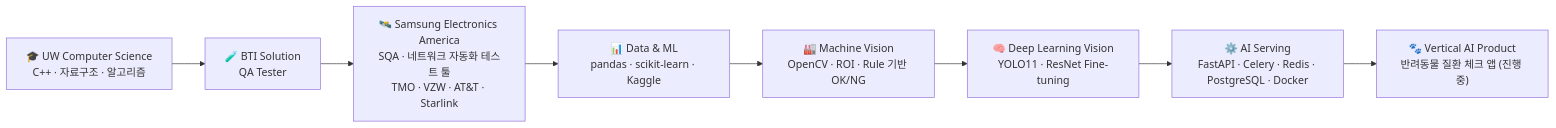
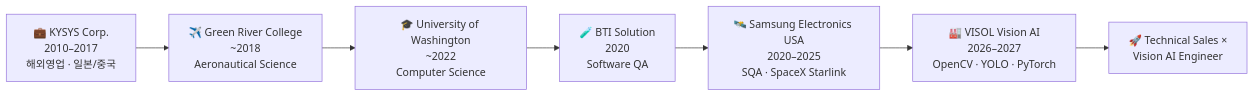
Before and after one commit to yonghoonchoi88/yonghoonchoi88: the diagram in README.md, drawn with Mermaid. The commit also changed other lines of this file, not shown here.

````diff
--- a/README.md
+++ b/README.md
@@ -39,10 +42,9 @@
 ```mermaid
 flowchart LR
-    A["🎓 UW Computer Science<br/>C++ · 자료구조 · 알고리즘"] --> B["🧪 BTI Solution<br/>QA Tester"]
-    B --> C["🛰️ Samsung Electronics America<br/>SQA · 네트워크 자동화 테스트 툴<br/>TMO · VZW · AT&T · Starlink"]
-    C --> D["📊 Data & ML<br/>pandas · scikit-learn · Kaggle"]
-    D --> E["🏭 Machine Vision<br/>OpenCV · ROI · Rule 기반 OK/NG"]
-    E --> F["🧠 Deep Learning Vision<br/>YOLO11 · ResNet Fine-tuning"]
-    F --> G["⚙️ AI Serving<br/>FastAPI · Celery · Redis · PostgreSQL · Docker"]
-    G --> H["🐾 Vertical AI Product<br/>반려동물 질환 체크 앱 (진행 중)"]
+    A["💼 KYSYS Corp.<br/>2010–2017<br/>해외영업 · 일본/중국"] --> B["✈️ Green River College<br/>~2018<br/>Aeronautical Science"]
+    B --> C["🎓 University of Washington<br/>~2022<br/>Computer Science"]
+    C --> D["🧪 BTI Solution<br/>2020<br/>Software QA"]
+    D --> E["🛰️ Samsung Electronics USA<br/>2020–2025<br/>SQA · SpaceX Starlink"]
+    E --> F["🏭 VISOL Vision AI<br/>2026–2027<br/>OpenCV · YOLO · PyTorch"]
+    F --> G["🚀 Technical Sales ×<br/>Vision AI Engineer"]
 ```
````
